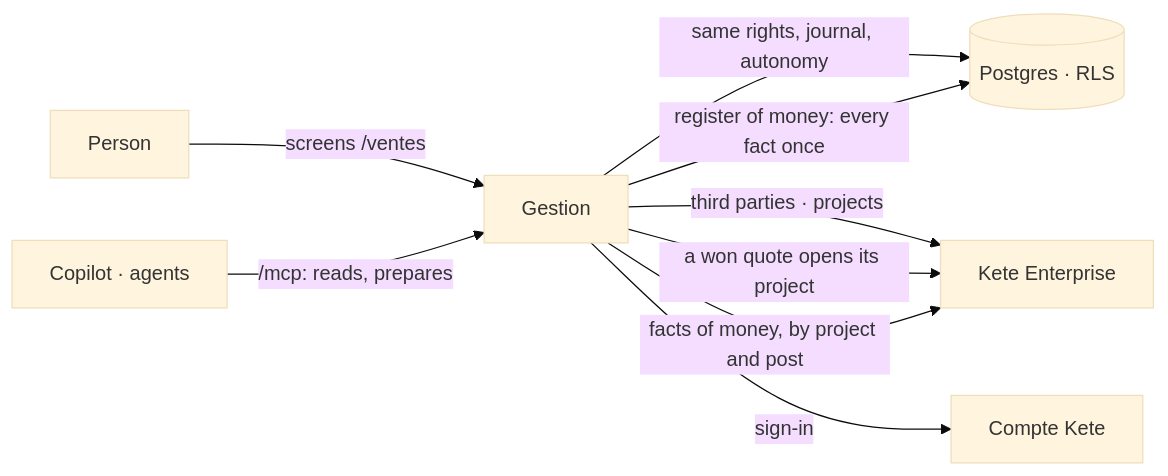
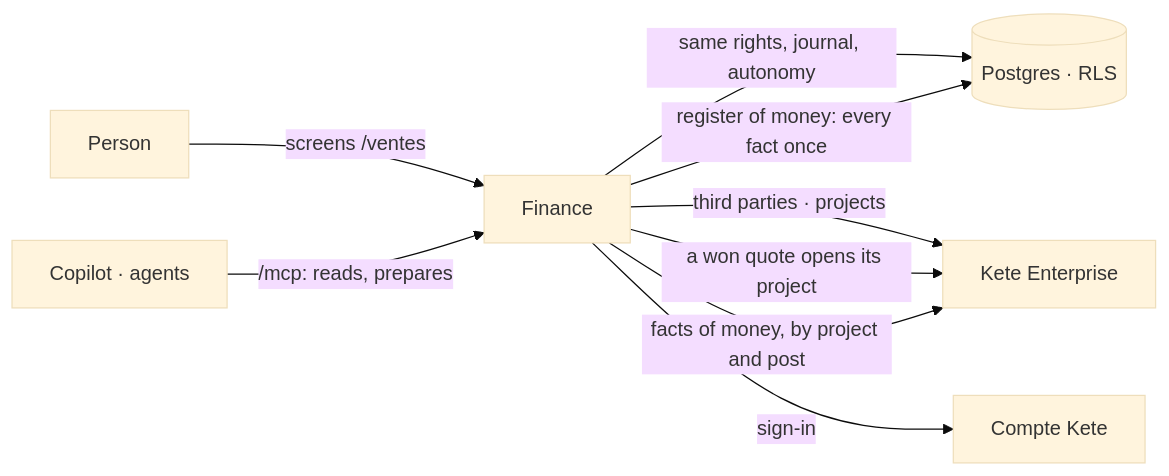
The diagram in README.md (kete-africa/kete-finance), drawn with Mermaid (base theme) before and after one commit. The commit also changed other lines of this file and 18 other files, not shown here.

````diff
--- a/README.md
+++ b/README.md
@@ -13,11 +13,11 @@
 ```mermaid
 flowchart LR
-  P[Person] -->|screens /ventes| W[Gestion]
+  P[Person] -->|screens /ventes| W[Finance]
   C[Copilot · agents] -->|/mcp: reads, prepares| W
   W -->|same rights, journal, autonomy| DB[(Postgres · RLS)]
   W -->|register of money: every fact once| DB
   W -->|third parties · projects| E[Kete Enterprise]
   W -->|a won quote opens its project| E
   W -->|facts of money, by project and post| E
   W -->|sign-in| A[Compte Kete]
 ```
````
